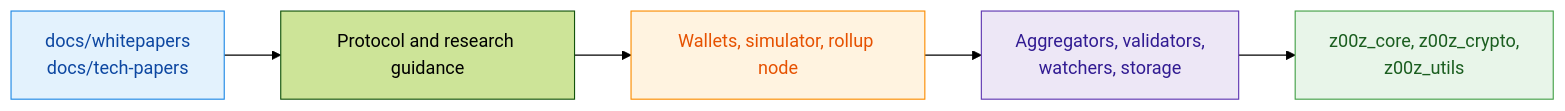
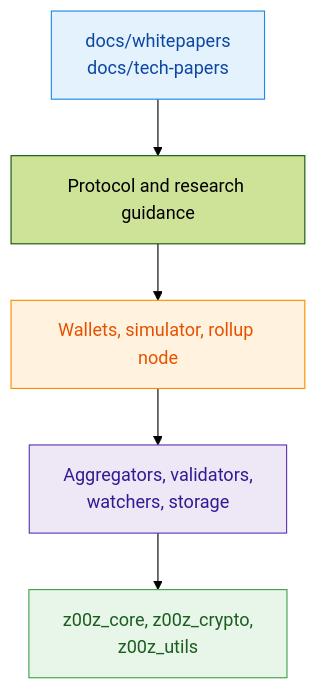
The second of 2 diagrams in README.md (z00z-labs/z00z), drawn with Mermaid (forest theme) before and after one commit. The commit also changed other lines of this file and 629 other files, not shown here.

````diff
--- a/README.md
+++ b/README.md
@@ -69,12 +122,12 @@
 ```mermaid
-flowchart LR
+flowchart TD
   Docs["docs/whitepapers<br/>docs/tech-papers"] --> Design["Protocol and research guidance"]
   Design --> Apps["Wallets, simulator, rollup node"]
   Apps --> Runtime["Aggregators, validators,<br/>watchers, storage"]
   Runtime --> Core["z00z_core, z00z_crypto,<br/>z00z_utils"]
 
   style Docs fill:#E3F2FD,stroke:#1E88E5,stroke-width:1px,color:#0D47A1
   style Apps fill:#FFF3E0,stroke:#FB8C00,stroke-width:1px,color:#E65100
   style Runtime fill:#EDE7F6,stroke:#5E35B1,stroke-width:1px,color:#311B92
   style Core fill:#E8F5E9,stroke:#43A047,stroke-width:1px,color:#1B5E20
 ```
````
